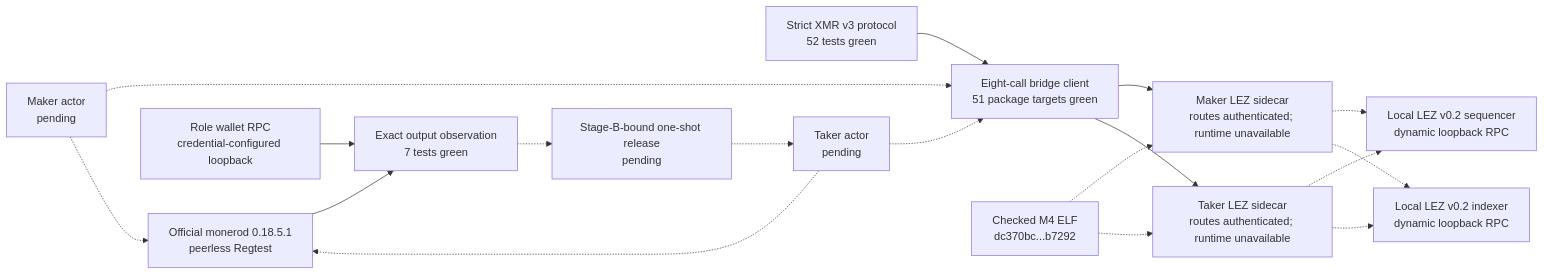
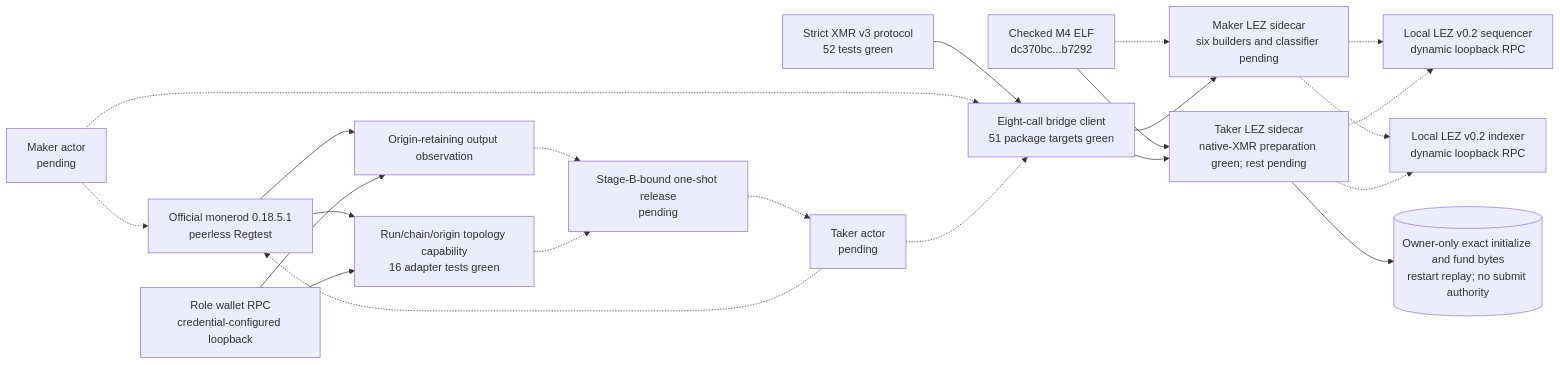
The third of 12 diagrams in docs/architecture/deployment-components-and-rpcs.md (gateway-fm/lez-atomic-swaps), drawn with Mermaid before and after one commit. The commit also changed other lines of this file and 21 other files, not shown here.

````diff
--- a/docs/architecture/deployment-components-and-rpcs.md
+++ b/docs/architecture/deployment-components-and-rpcs.md
@@ -171,20 +171,24 @@
 ```mermaid
 flowchart LR
     Protocol["Strict XMR v3 protocol<br/>52 tests green"] --> Client["Eight-call bridge client<br/>51 package targets green"]
-    CheckedElf["Checked M4 ELF<br/>dc370bc...b7292"] -.-> MakerSidecar["Maker LEZ sidecar<br/>routes authenticated; runtime unavailable"]
-    CheckedElf -.-> TakerSidecar["Taker LEZ sidecar<br/>routes authenticated; runtime unavailable"]
+    CheckedElf["Checked M4 ELF<br/>dc370bc...b7292"] -.-> MakerSidecar["Maker LEZ sidecar<br/>six builders and classifier pending"]
+    CheckedElf --> TakerSidecar["Taker LEZ sidecar<br/>native-XMR preparation green; rest pending"]
+    TakerSidecar --> XmrReservation[("Owner-only exact initialize and fund bytes<br/>restart replay; no submit authority")]
     MakerActor["Maker actor<br/>pending"] -.-> Client
     TakerActor["Taker actor<br/>pending"] -.-> Client
     Client --> MakerSidecar
     Client --> TakerSidecar
     MakerSidecar -.-> Sequencer["Local LEZ v0.2 sequencer<br/>dynamic loopback RPC"]
     TakerSidecar -.-> Sequencer
     MakerSidecar -.-> Indexer["Local LEZ v0.2 indexer<br/>dynamic loopback RPC"]
     TakerSidecar -.-> Indexer
-    Monerod["Official monerod 0.18.5.1<br/>peerless Regtest"] --> Observation["Exact output observation<br/>7 tests green"]
+    Monerod["Official monerod 0.18.5.1<br/>peerless Regtest"] --> Observation["Origin-retaining output observation"]
     WalletRpc["Role wallet RPC<br/>credential-configured loopback"] --> Observation
+    Monerod --> Topology["Run/chain/origin topology capability<br/>16 adapter tests green"]
+    WalletRpc --> Topology
     Observation -.-> Release["Stage-B-bound one-shot release<br/>pending"]
+    Topology -.-> Release
     Release -.-> TakerActor
     MakerActor -.-> Monerod
     TakerActor -.-> Monerod
 ```
````
